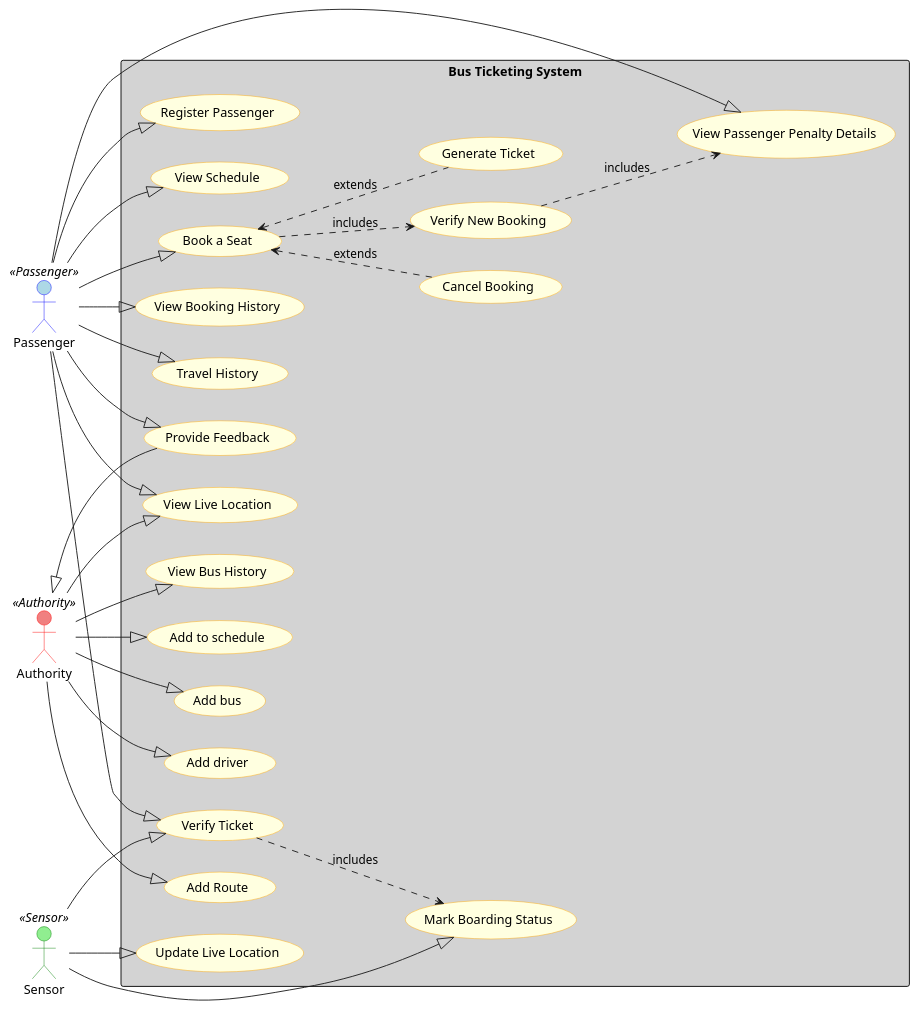
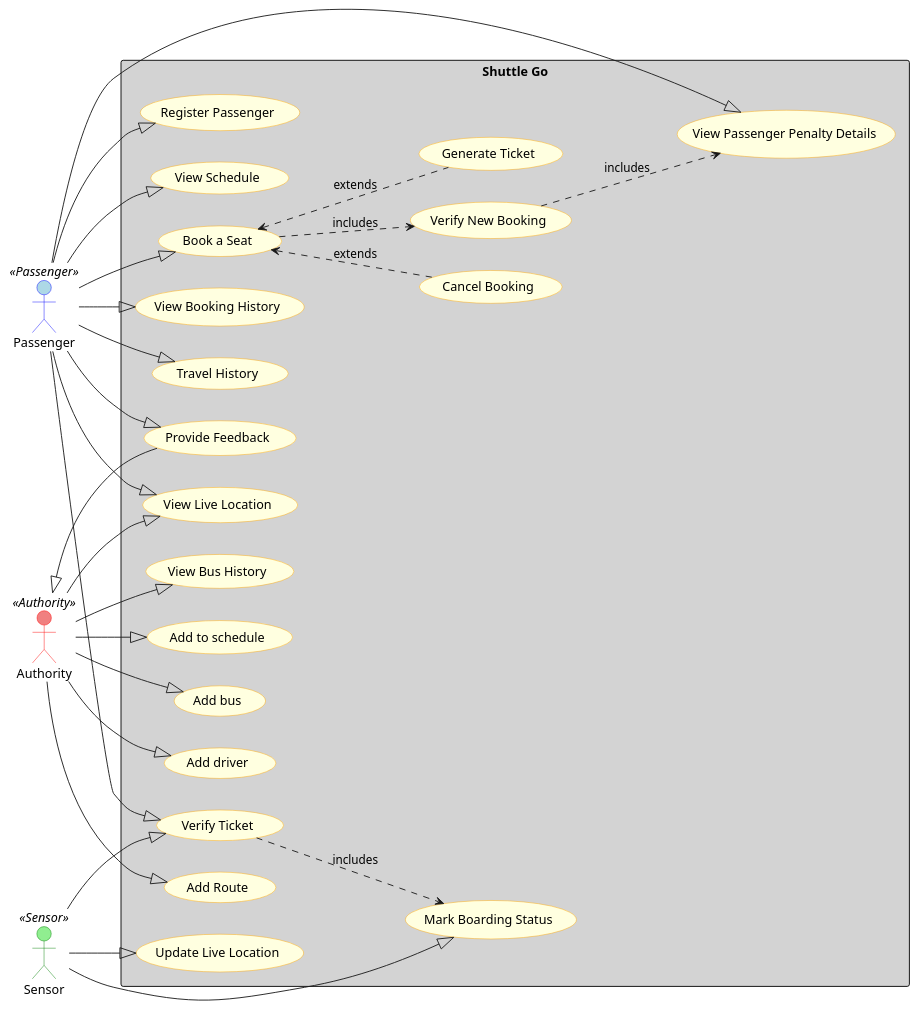
One commit to pranav-joshi-iitgn/ShuttleGo changed the diagram in UMLDiagrams/usecase.puml. Above: the diagram before and after it, drawn with PlantUML.

```diff
--- a/UMLDiagrams/usecase.puml
+++ b/UMLDiagrams/usecase.puml
@@ -1,88 +1,88 @@
 @startuml
 left to right direction
 
 skinparam actor {
   BackgroundColor<<Passenger>> LightBlue
   BorderColor<<Passenger>> Blue
   BackgroundColor<<Sensor>> LightGreen
   BorderColor<<Sensor>> Green
   BackgroundColor<<Authority>> LightCoral
   BorderColor<<Authority>> Red
 }
 
 skinparam usecase {
   BackgroundColor LightYellow
   BorderColor Orange
 }
 
 skinparam rectangle {
   BackgroundColor LightGray
   BorderColor Black
 }
 
 skinparam association {
   LineColor DarkBlue
   ArrowColor DarkBlue
 }
 
 skinparam dependency {
   LineColor DarkGreen
   LineStyle dotted
   ArrowColor DarkGreen
 }
 
 actor Passenger <<Passenger>>
 actor Sensor <<Sensor>>
 actor Authority <<Authority>>
 
-rectangle "Bus Ticketing System" {
+rectangle "Shuttle Go" {
   (Register Passenger) as register
   (View Schedule) as view_schedule
   (Book a Seat) as book
   (Cancel Booking) as cancel_booking
   (Verify New Booking) as verify_booking
   (Provide Feedback) as feedback
   (Generate Ticket) as generate_ticket
   (View Booking History) as Passenger_History
   (View Passenger Penalty Details) as user_penalties
   (Travel History) as last30days
   (View Live Location) as get_live_location
   (Update Live Location) as Update_live_location
   (Mark Boarding Status) as mark_board
   (Verify Ticket) as verify_ticket
   (View Bus History) as Bus_History
   (Add to schedule) as addtoschedule
   (Add bus) as addbus
   (Add driver) as adddriver
   (Add Route) as addroute
 }
 
 Passenger --|> register
 Passenger --|> view_schedule
 Passenger --|> book
 Passenger --|> feedback
 Passenger --|> Passenger_History
 Passenger --|> user_penalties
 Passenger --|> last30days
 Passenger --|> verify_ticket
 Passenger --|> get_live_location
 
 Sensor --|> verify_ticket
 Sensor --|> Update_live_location
 Sensor --|> mark_board
 
 Authority --|> get_live_location
 Authority --|> Bus_History
 Authority --|> addtoschedule
 Authority --|> addbus
 Authority --|> adddriver
 Authority --|> addroute
 Authority <|-- feedback
 
 book ..> verify_booking : includes
 book <.. generate_ticket : extends
 verify_booking ..> user_penalties : includes
 book <.. cancel_booking : extends
 verify_ticket ..> mark_board : includes
 
 @enduml
```
